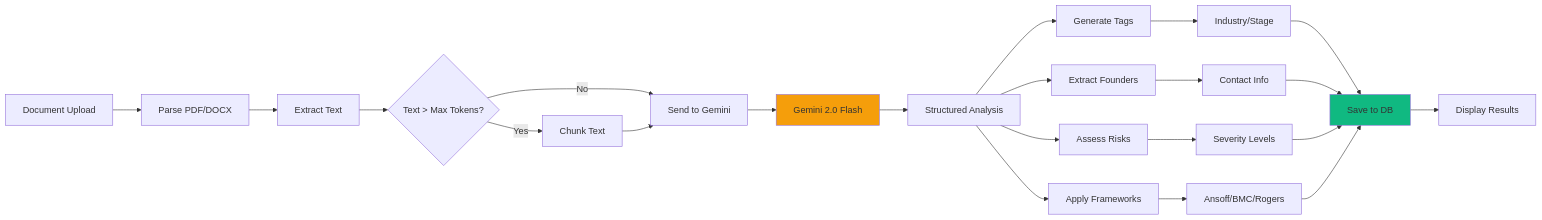
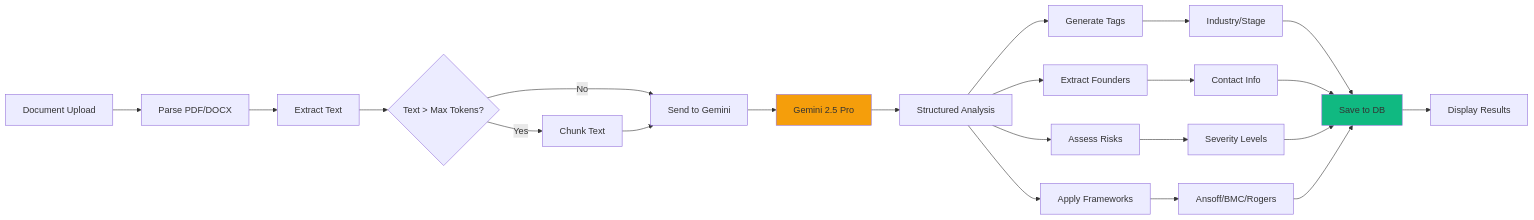
Before and after one commit to akshayBhardwaj23/startup-analyst: the fourth of 8 diagrams in docs/architecture-mermaid.md, drawn with Mermaid. The commit also changed other lines of this file and 1 other file, not shown here.

First line of the commit message:
Update architecture documentation and diagrams to reflect changes in AI models

````diff
--- a/docs/architecture-mermaid.md
+++ b/docs/architecture-mermaid.md
@@ -164,27 +164,27 @@
 ```mermaid
 flowchart LR
     A[Document Upload] --> B[Parse PDF/DOCX]
     B --> C[Extract Text]
     C --> D{Text > Max Tokens?}
     D -->|Yes| E[Chunk Text]
     D -->|No| F[Send to Gemini]
     E --> F
-    F --> G[Gemini 2.0 Flash]
+    F --> G[Gemini 2.5 Pro]
     G --> H[Structured Analysis]
     H --> I[Generate Tags]
     H --> J[Extract Founders]
     H --> K[Assess Risks]
     H --> L[Apply Frameworks]
     I --> M[Industry/Stage]
     J --> N[Contact Info]
     K --> O[Severity Levels]
     L --> P[Ansoff/BMC/Rogers]
     M --> Q[Save to DB]
     N --> Q
     O --> Q
     P --> Q
     Q --> R[Display Results]
 
     style G fill:#f59e0b
     style Q fill:#10b981
 ```
````
